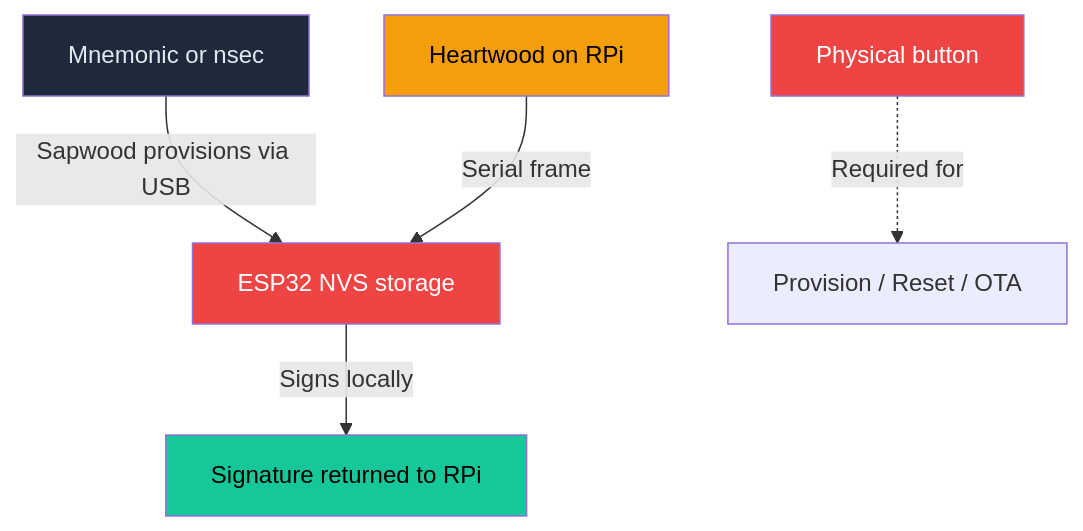
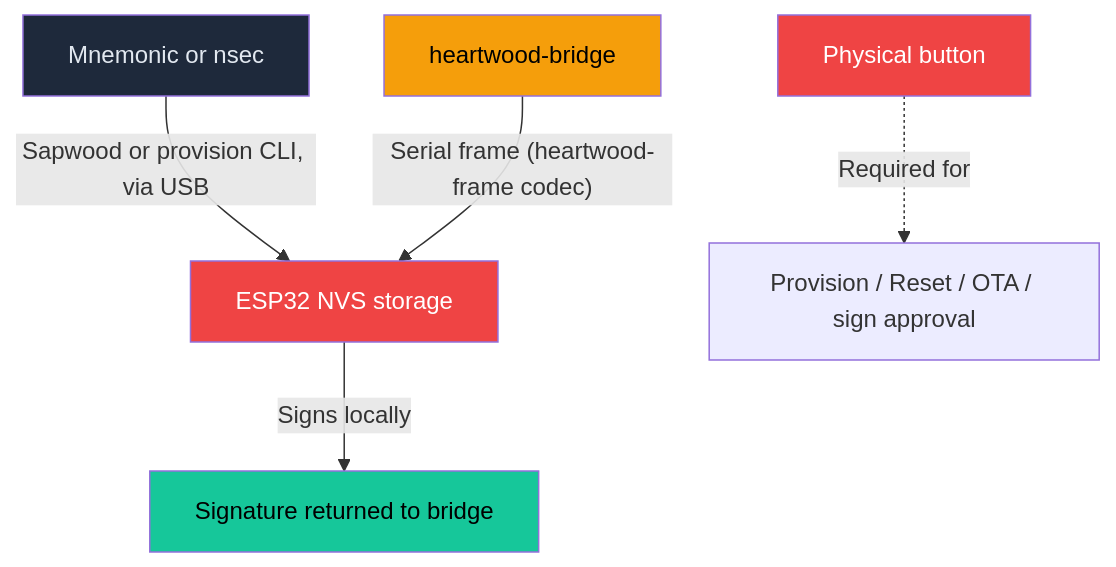
Before and after one commit to forgesworn/heartwood: the fourth of 5 diagrams in docs/ECOSYSTEM.md, drawn with Mermaid. The commit also changed other lines of this file and 5 other files, not shown here.

````diff
--- a/docs/ECOSYSTEM.md
+++ b/docs/ECOSYSTEM.md
@@ -201,13 +166,13 @@
 ```mermaid
 graph TB
-    M["Mnemonic or nsec"] -->|"Sapwood provisions via USB"| ESP["ESP32 NVS storage"]
-    HW["Heartwood on RPi"] -->|"Serial frame"| ESP
-    ESP -->|"Signs locally"| SIG["Signature returned to RPi"]
-    BTN["Physical button"] -.->|"Required for"| PROV["Provision / Reset / OTA"]
+    M["Mnemonic or nsec"] -->|"Sapwood or provision CLI, via USB"| ESP["ESP32 NVS storage"]
+    BR["heartwood-bridge"] -->|"Serial frame (heartwood-frame codec)"| ESP
+    ESP -->|"Signs locally"| SIG["Signature returned to bridge"]
+    BTN["Physical button"] -.->|"Required for"| PROV["Provision / Reset / OTA / sign approval"]
 
     style M fill:#1e293b,color:#e2e8f0
     style ESP fill:#ef4444,color:#fff
-    style HW fill:#f59e0b,color:#000
+    style BR fill:#f59e0b,color:#000
     style SIG fill:#16c79a,color:#000
     style BTN fill:#ef4444,color:#fff
 ```
````
